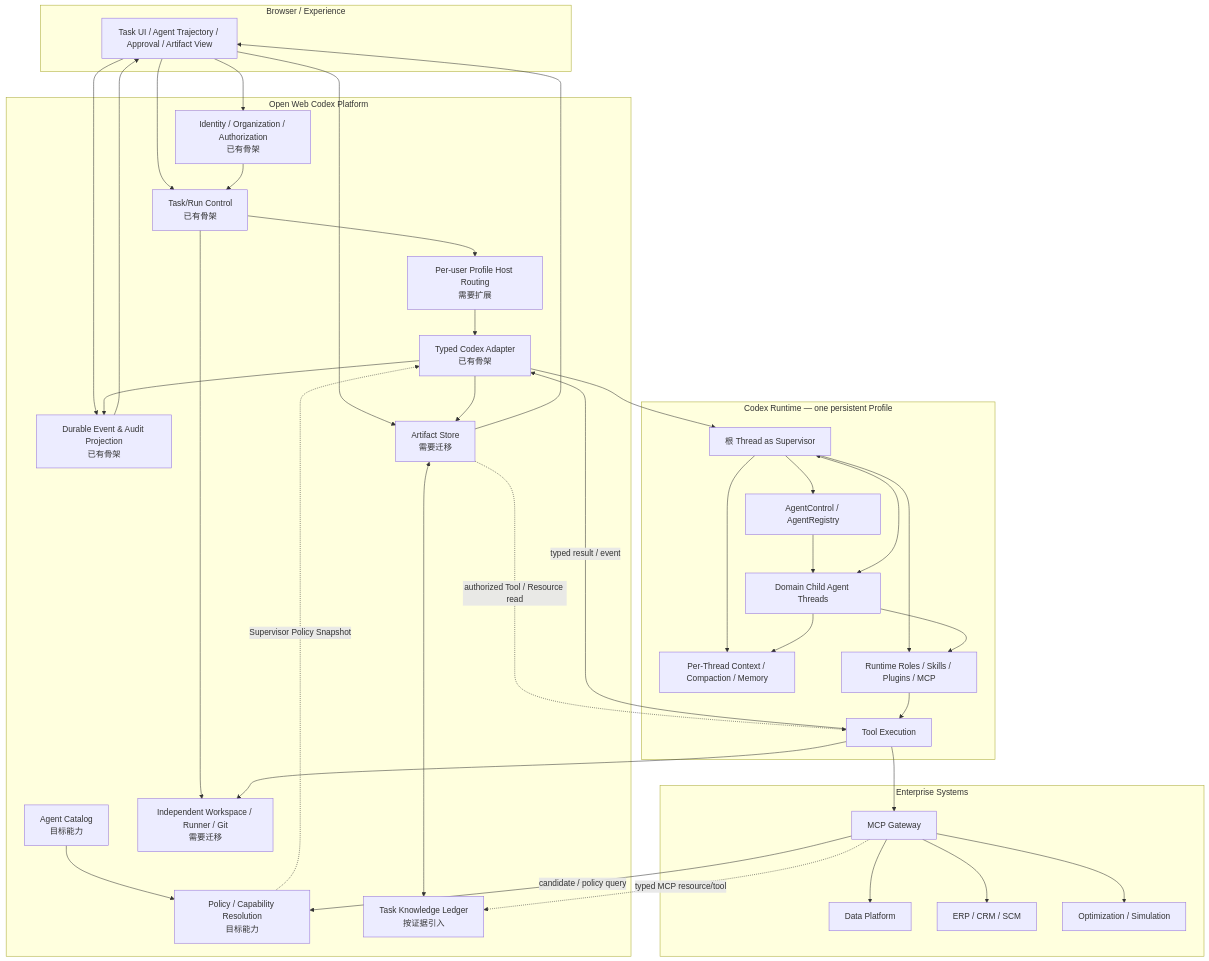
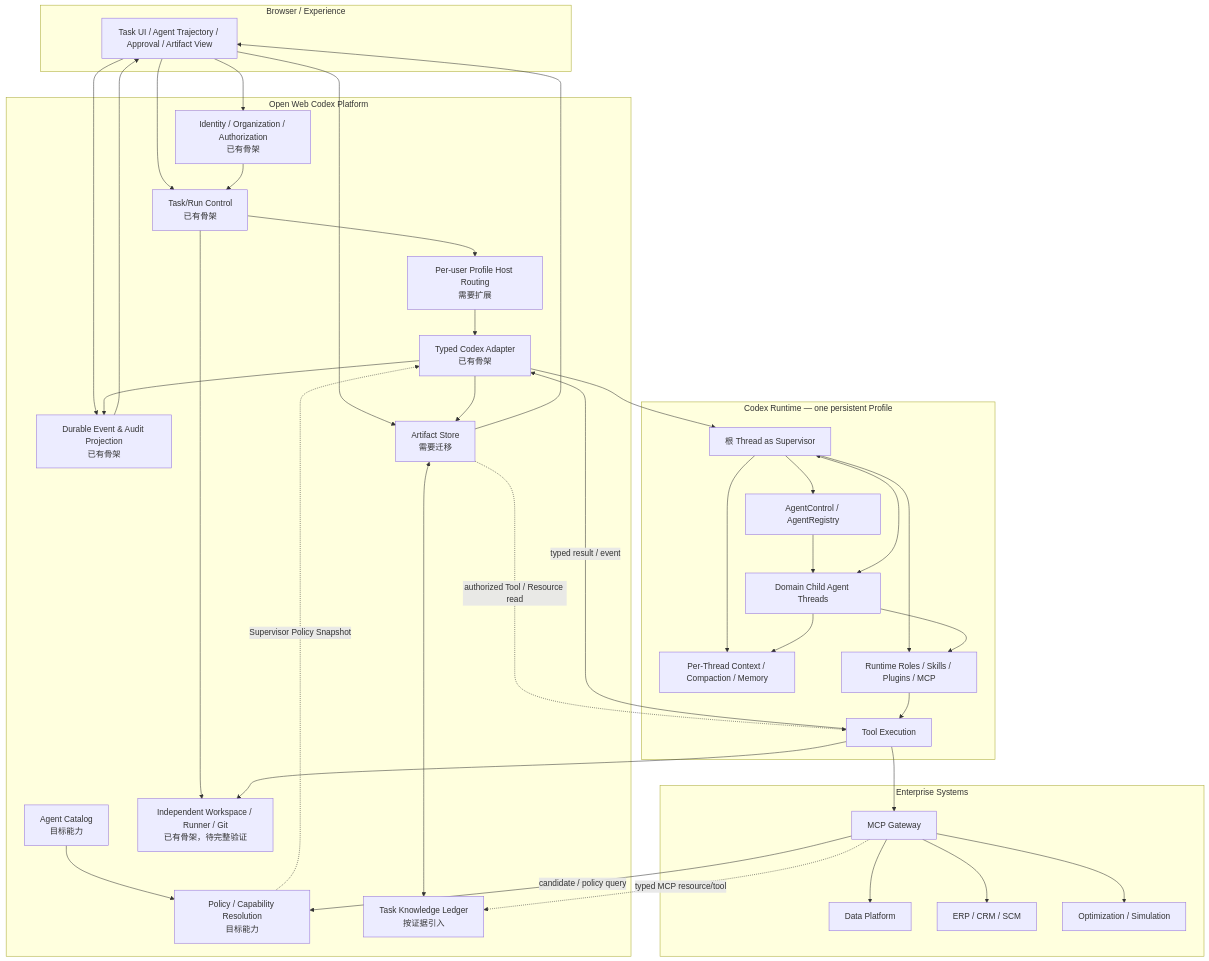
Before and after one commit to JO-WTF/open-web-codex: the third of 6 diagrams in docs/enterprise-agent-platform-architecture.md, drawn with Mermaid. The commit also changed other lines of this file and 18 other files, not shown here.

````diff
--- a/docs/enterprise-agent-platform-architecture.md
+++ b/docs/enterprise-agent-platform-architecture.md
@@ -1410,69 +1416,69 @@
 ```mermaid
 flowchart TB
     subgraph B["Browser / Experience"]
         WEB["Task UI / Agent Trajectory / Approval / Artifact View"]
     end
 
     subgraph P["Open Web Codex Platform"]
         AUTH["Identity / Organization / Authorization<br/>已有骨架"]
         TR["Task/Run Control<br/>已有骨架"]
         CAT["Agent Catalog<br/>目标能力"]
         POL["Policy / Capability Resolution<br/>目标能力"]
         EVT["Durable Event & Audit Projection<br/>已有骨架"]
         ASTORE["Artifact Store<br/>需要迁移"]
         KLEDGER["Task Knowledge Ledger<br/>按证据引入"]
-        WSGIT["Independent Workspace / Runner / Git<br/>需要迁移"]
+        WSGIT["Independent Workspace / Runner / Git<br/>已有骨架，待完整验证"]
         PH["Per-user Profile Host Routing<br/>需要扩展"]
         ADAPTER["Typed Codex Adapter<br/>已有骨架"]
     end
 
     subgraph C["Codex Runtime — one persistent Profile"]
         ROOT["根 Thread as Supervisor"]
         AC["AgentControl / AgentRegistry"]
         DA["Domain Child Agent Threads"]
         CTX["Per-Thread Context / Compaction / Memory"]
         DISC["Runtime Roles / Skills / Plugins / MCP"]
         TOOL["Tool Execution"]
     end
 
     subgraph ENT["Enterprise Systems"]
         GATE["MCP Gateway"]
         DATA["Data Platform"]
         ERP["ERP / CRM / SCM"]
         SIM["Optimization / Simulation"]
     end
 
     WEB --> AUTH
     WEB --> TR
     WEB --> EVT
     WEB --> ASTORE
     AUTH --> TR
     TR --> WSGIT
     TR --> PH
     CAT --> POL
     POL -. "Supervisor Policy Snapshot" .-> ADAPTER
     PH --> ADAPTER
     ADAPTER --> ROOT
     ROOT --> AC
     AC --> DA
     ROOT <--> DA
     ROOT --> CTX
     DA --> CTX
     ROOT --> DISC
     DA --> DISC
     DISC --> TOOL
     TOOL --> GATE
     GATE -- "candidate / policy query" --> POL
     GATE --> DATA
     GATE --> ERP
     GATE --> SIM
     TOOL --> WSGIT
     TOOL -- "typed result / event" --> ADAPTER
     ADAPTER --> EVT
     ADAPTER --> ASTORE
     EVT --> WEB
     ASTORE --> WEB
     ASTORE -. "authorized Tool / Resource read" .-> TOOL
     GATE -. "typed MCP resource/tool" .-> KLEDGER
     ASTORE <--> KLEDGER
 ```
````
